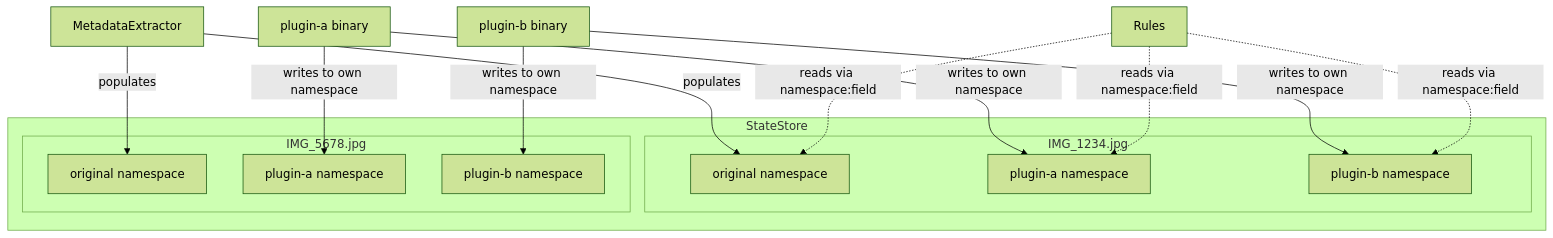
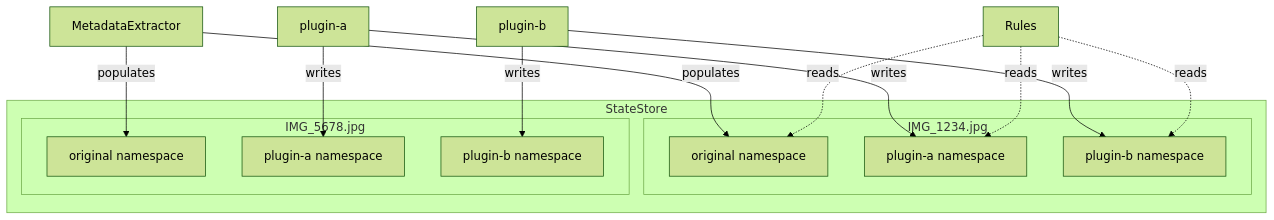
One commit to josephquigley/piqley-cli changed the first of 2 diagrams in docs/architecture/rules-and-state.md. Above: the diagram before and after it, drawn with Mermaid (forest theme). The commit also changed other lines of this file and 4 other files, not shown here.

First line of the commit message:
fix: shorten mermaid diagram labels to prevent clipping

````diff
--- a/docs/architecture/rules-and-state.md
+++ b/docs/architecture/rules-and-state.md
@@ -11,26 +11,26 @@
 ```mermaid
 graph TD
     subgraph StateStore
         subgraph "IMG_1234.jpg"
             A["original namespace"]
             B["plugin-a namespace"]
             C["plugin-b namespace"]
         end
         subgraph "IMG_5678.jpg"
             D["original namespace"]
             E["plugin-a namespace"]
             F["plugin-b namespace"]
         end
     end
 
     ME[MetadataExtractor] -->|"populates"| A
     ME -->|"populates"| D
-    PA[plugin-a binary] -->|"writes to own namespace"| B
-    PA -->|"writes to own namespace"| E
-    PB[plugin-b binary] -->|"writes to own namespace"| C
-    PB -->|"writes to own namespace"| F
+    PA[plugin-a] -->|"writes"| B
+    PA -->|"writes"| E
+    PB[plugin-b] -->|"writes"| C
+    PB -->|"writes"| F
 
-    R[Rules] -.->|"reads via namespace:field"| A
-    R -.->|"reads via namespace:field"| B
-    R -.->|"reads via namespace:field"| C
+    R[Rules] -.->|"reads"| A
+    R -.->|"reads"| B
+    R -.->|"reads"| C
 ```
````
